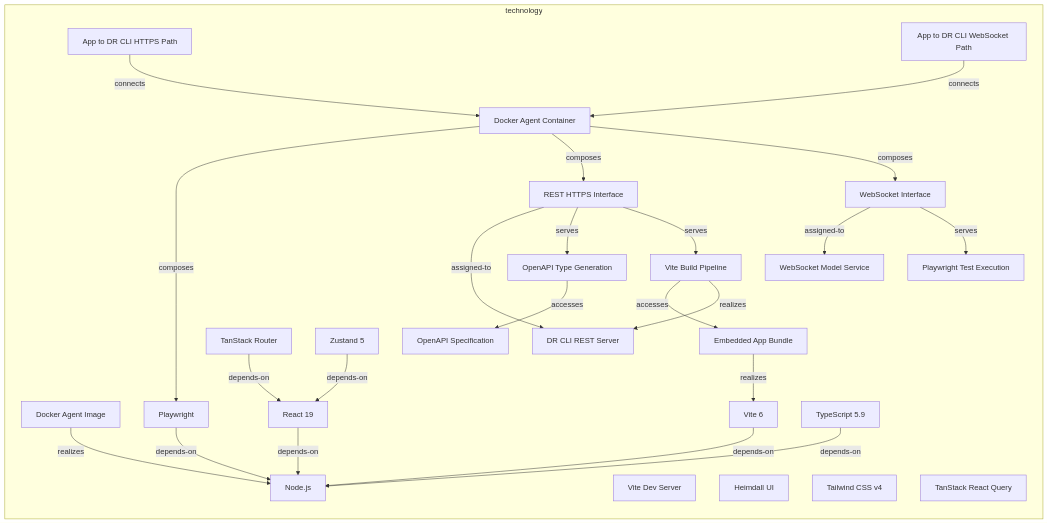
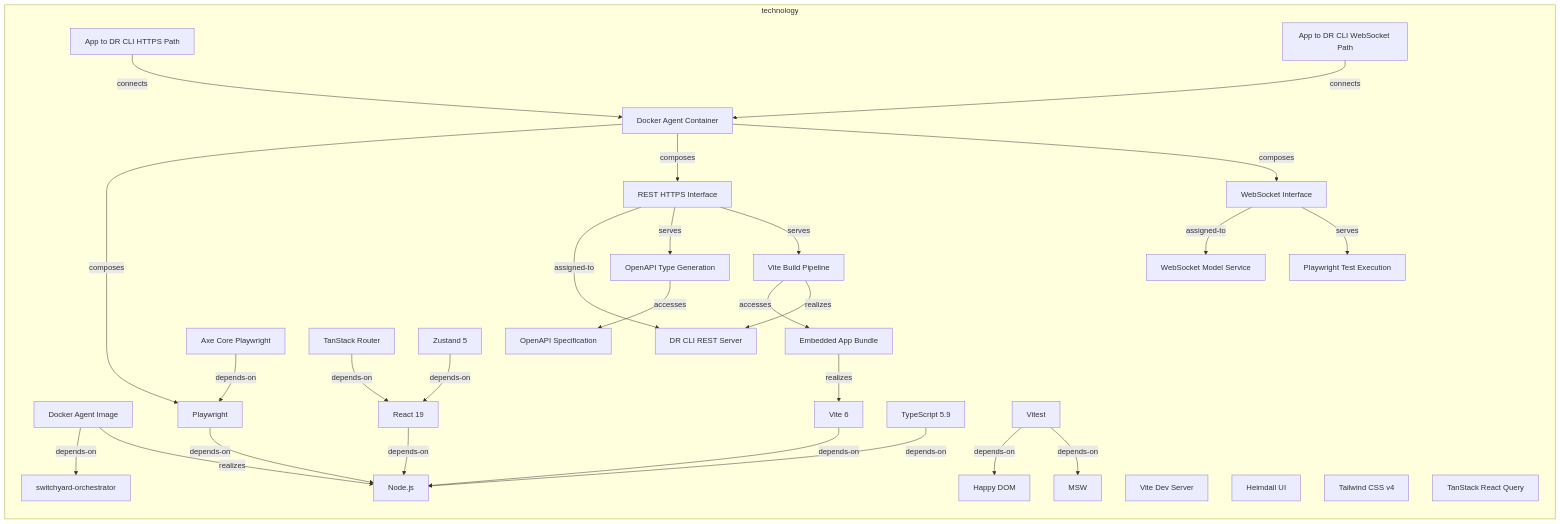
One commit to tinkermonkey/documentation_robotics_viewer changed the first of 2 diagrams in documentation-robotics/reports/06-technology-layer-report.md. Above: the diagram before and after it, drawn with Mermaid. The commit also changed other lines of this file and 68 other files, not shown here.

````diff
--- a/documentation-robotics/reports/06-technology-layer-report.md
+++ b/documentation-robotics/reports/06-technology-layer-report.md
@@ -32,50 +32,59 @@
 ```mermaid
 flowchart LR
   subgraph technology
     technology_artifact_docker_agent_image["Docker Agent Image"]
     technology_artifact_embedded_app_bundle["Embedded App Bundle"]
     technology_artifact_open_api_specification["OpenAPI Specification"]
+    technology_artifact_switchyard_orchestrator["switchyard-orchestrator"]
     technology_node_docker_agent_container["Docker Agent Container"]
     technology_node_vite_dev_server["Vite Dev Server"]
     technology_path_app_to_dr_cli_https_path["App to DR CLI HTTPS Path"]
     technology_path_app_to_dr_cli_web_socket_path["App to DR CLI WebSocket Path"]
+    technology_systemsoftware_axe_core_playwright["Axe Core Playwright"]
+    technology_systemsoftware_happy_dom["Happy DOM"]
     technology_systemsoftware_heimdall_ui["Heimdall UI"]
+    technology_systemsoftware_msw["MSW"]
     technology_systemsoftware_nodejs["Node.js"]
     technology_systemsoftware_playwright["Playwright"]
     technology_systemsoftware_react_19["React 19"]
     technology_systemsoftware_tailwind_css_v4["Tailwind CSS v4"]
     technology_systemsoftware_tan_stack_react_query["TanStack React Query"]
     technology_systemsoftware_tan_stack_router["TanStack Router"]
     technology_systemsoftware_type_script_59["TypeScript 5.9"]
     technology_systemsoftware_vite_6["Vite 6"]
+    technology_systemsoftware_vitest["Vitest"]
     technology_systemsoftware_zustand_5["Zustand 5"]
     technology_technologyinterface_rest_https_interface["REST HTTPS Interface"]
     technology_technologyinterface_web_socket_interface["WebSocket Interface"]
     technology_technologyprocess_open_api_type_generation["OpenAPI Type Generation"]
     technology_technologyprocess_playwright_test_execution["Playwright Test Execution"]
     technology_technologyprocess_vite_build_pipeline["Vite Build Pipeline"]
     technology_technologyservice_dr_cli_rest_server["DR CLI REST Server"]
     technology_technologyservice_web_socket_model_service["WebSocket Model Service"]
+    technology_artifact_docker_agent_image -->|depends-on| technology_artifact_switchyard_orchestrator
     technology_artifact_docker_agent_image -->|realizes| technology_systemsoftware_nodejs
     technology_artifact_embedded_app_bundle -->|realizes| technology_systemsoftware_vite_6
     technology_node_docker_agent_container -->|composes| technology_systemsoftware_playwright
     technology_node_docker_agent_container -->|composes| technology_technologyinterface_rest_https_interface
     technology_node_docker_agent_container -->|composes| technology_technologyinterface_web_socket_interface
     technology_path_app_to_dr_cli_https_path -->|connects| technology_node_docker_agent_container
     technology_path_app_to_dr_cli_web_socket_path -->|connects| technology_node_docker_agent_container
+    technology_systemsoftware_axe_core_playwright -->|depends-on| technology_systemsoftware_playwright
     technology_systemsoftware_playwright -->|depends-on| technology_systemsoftware_nodejs
     technology_systemsoftware_react_19 -->|depends-on| technology_systemsoftware_nodejs
     technology_systemsoftware_tan_stack_router -->|depends-on| technology_systemsoftware_react_19
     technology_systemsoftware_type_script_59 -->|depends-on| technology_systemsoftware_nodejs
     technology_systemsoftware_vite_6 -->|depends-on| technology_systemsoftware_nodejs
+    technology_systemsoftware_vitest -->|depends-on| technology_systemsoftware_happy_dom
+    technology_systemsoftware_vitest -->|depends-on| technology_systemsoftware_msw
     technology_systemsoftware_zustand_5 -->|depends-on| technology_systemsoftware_react_19
     technology_technologyinterface_rest_https_interface -->|assigned-to| technology_technologyservice_dr_cli_rest_server
     technology_technologyinterface_rest_https_interface -->|serves| technology_technologyprocess_open_api_type_generation
     technology_technologyinterface_rest_https_interface -->|serves| technology_technologyprocess_vite_build_pipeline
     technology_technologyinterface_web_socket_interface -->|assigned-to| technology_technologyservice_web_socket_model_service
     technology_technologyinterface_web_socket_interface -->|serves| technology_technologyprocess_playwright_test_execution
     technology_technologyprocess_open_api_type_generation -->|accesses| technology_artifact_open_api_specification
     technology_technologyprocess_vite_build_pipeline -->|accesses| technology_artifact_embedded_app_bundle
     technology_technologyprocess_vite_build_pipeline -->|realizes| technology_technologyservice_dr_cli_rest_server
   end
 ```
````
